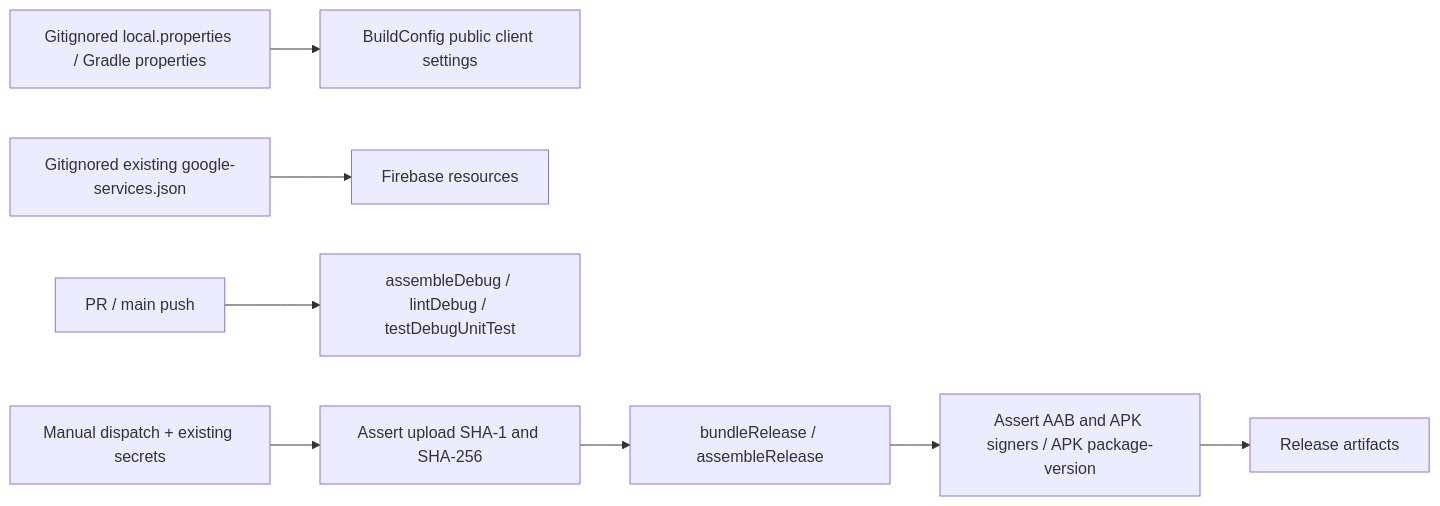
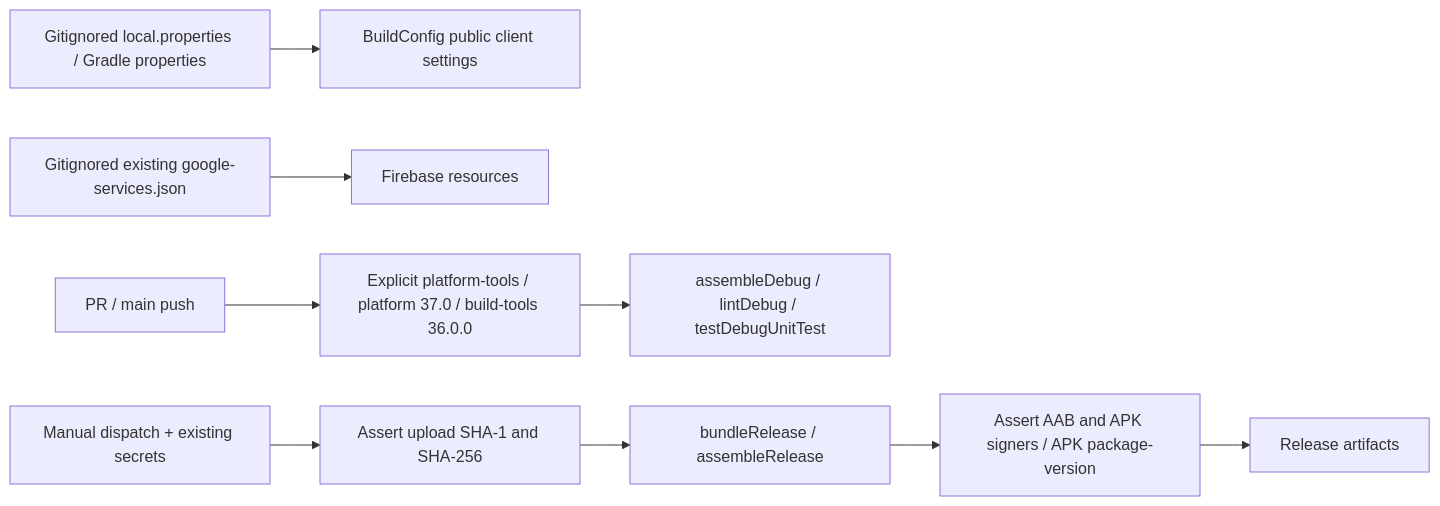
The third of 3 diagrams in docs/ARCHITECTURE.md (aarahman04/One-on-One-Android), drawn with Mermaid before and after one commit.

Commit message:
Document explicit SDK setup in A0 build diagram

````diff
--- a/docs/ARCHITECTURE.md
+++ b/docs/ARCHITECTURE.md
@@ -50,10 +50,11 @@
 ```mermaid
 flowchart LR
     Local[Gitignored local.properties / Gradle properties] --> Config[BuildConfig public client settings]
     Firebase[Gitignored existing google-services.json] --> Resources[Firebase resources]
-    PR[PR / main push] --> Checks[assembleDebug / lintDebug / testDebugUnitTest]
+    PR[PR / main push] --> SDK[Explicit platform-tools / platform 37.0 / build-tools 36.0.0]
+    SDK --> Checks[assembleDebug / lintDebug / testDebugUnitTest]
     Dispatch[Manual dispatch + existing secrets] --> Cert[Assert upload SHA-1 and SHA-256]
     Cert --> Signed[bundleRelease / assembleRelease]
     Signed --> Verify[Assert AAB and APK signers / APK package-version]
     Verify --> Artifact[Release artifacts]
 ```
````
